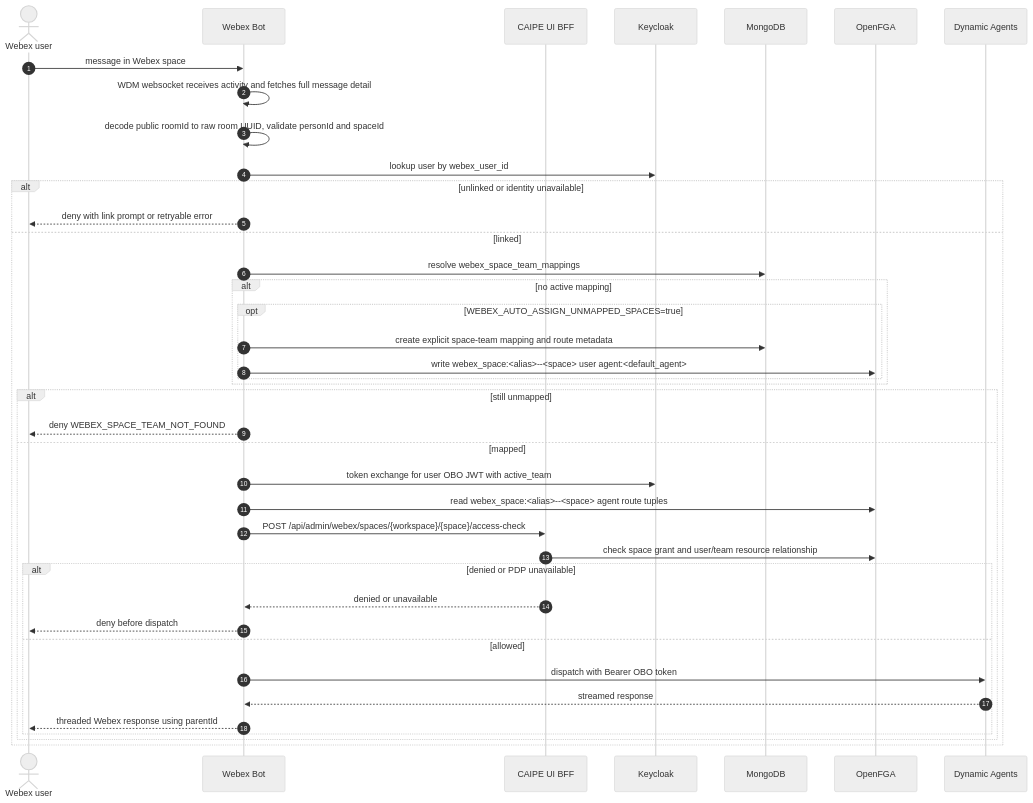
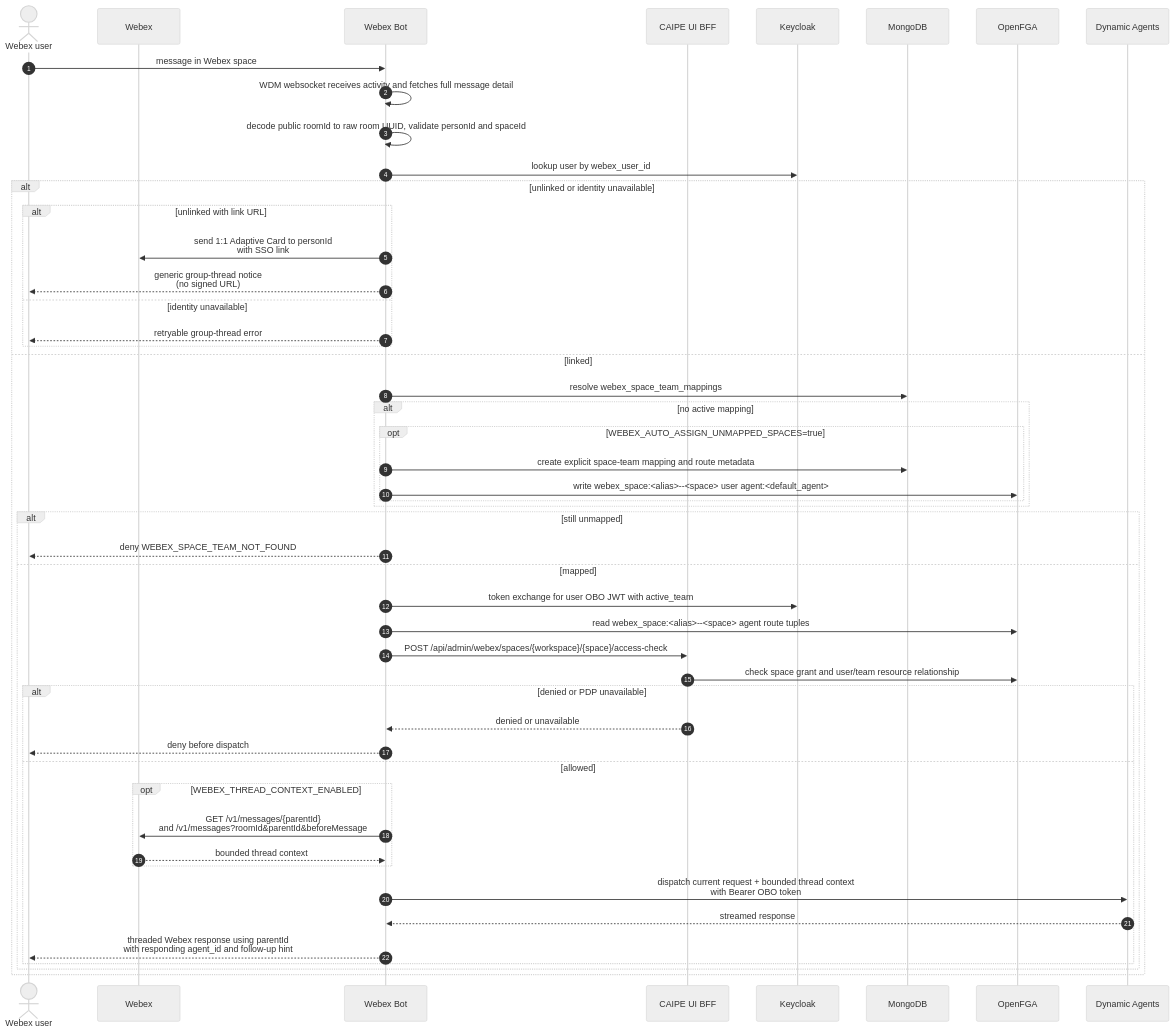
Before and after one commit to cnoe-io/ai-platform-engineering: the third of 8 diagrams in docs/docs/security/rbac/workflows.md, drawn with Mermaid (neutral theme). The commit also changed other lines of this file and 66 other files, not shown here.

````diff
--- a/docs/docs/security/rbac/workflows.md
+++ b/docs/docs/security/rbac/workflows.md
@@ -213,43 +213,53 @@
 ```mermaid
 sequenceDiagram
     autonumber
     actor User as Webex user
+    participant Webex as Webex
     participant WB as Webex Bot
     participant UI as CAIPE UI BFF
     participant KC as Keycloak
     participant MDB as MongoDB
     participant FGA as OpenFGA
     participant DA as Dynamic Agents
 
     User->>WB: message in Webex space
     WB->>WB: WDM websocket receives activity and fetches full message detail
     WB->>WB: decode public roomId to raw room UUID, validate personId and spaceId
     WB->>KC: lookup user by webex_user_id
     alt unlinked or identity unavailable
-        WB-->>User: deny with link prompt or retryable error
+        alt unlinked with link URL
+            WB->>Webex: send 1:1 Adaptive Card to personId<br/>with SSO link
+            WB-->>User: generic group-thread notice<br/>(no signed URL)
+        else identity unavailable
+            WB-->>User: retryable group-thread error
+        end
     else linked
         WB->>MDB: resolve webex_space_team_mappings
         alt no active mapping
             opt WEBEX_AUTO_ASSIGN_UNMAPPED_SPACES=true
                 WB->>MDB: create explicit space-team mapping and route metadata
                 WB->>FGA: write webex_space:<alias>--<space> user agent:<default_agent>
             end
         end
         alt still unmapped
             WB-->>User: deny WEBEX_SPACE_TEAM_NOT_FOUND
         else mapped
             WB->>KC: token exchange for user OBO JWT with active_team
             WB->>FGA: read webex_space:<alias>--<space> agent route tuples
             WB->>UI: POST /api/admin/webex/spaces/{workspace}/{space}/access-check
             UI->>FGA: check space grant and user/team resource relationship
             alt denied or PDP unavailable
                 UI-->>WB: denied or unavailable
                 WB-->>User: deny before dispatch
             else allowed
-                WB->>DA: dispatch with Bearer OBO token
+                opt WEBEX_THREAD_CONTEXT_ENABLED
+                    WB->>Webex: GET /v1/messages/{parentId}<br/>and /v1/messages?roomId&parentId&beforeMessage
+                    Webex-->>WB: bounded thread context
+                end
+                WB->>DA: dispatch current request + bounded thread context<br/>with Bearer OBO token
                 DA-->>WB: streamed response
-                WB-->>User: threaded Webex response using parentId
+                WB-->>User: threaded Webex response using parentId<br/>with responding agent_id and follow-up hint
             end
         end
     end
 ```
````
